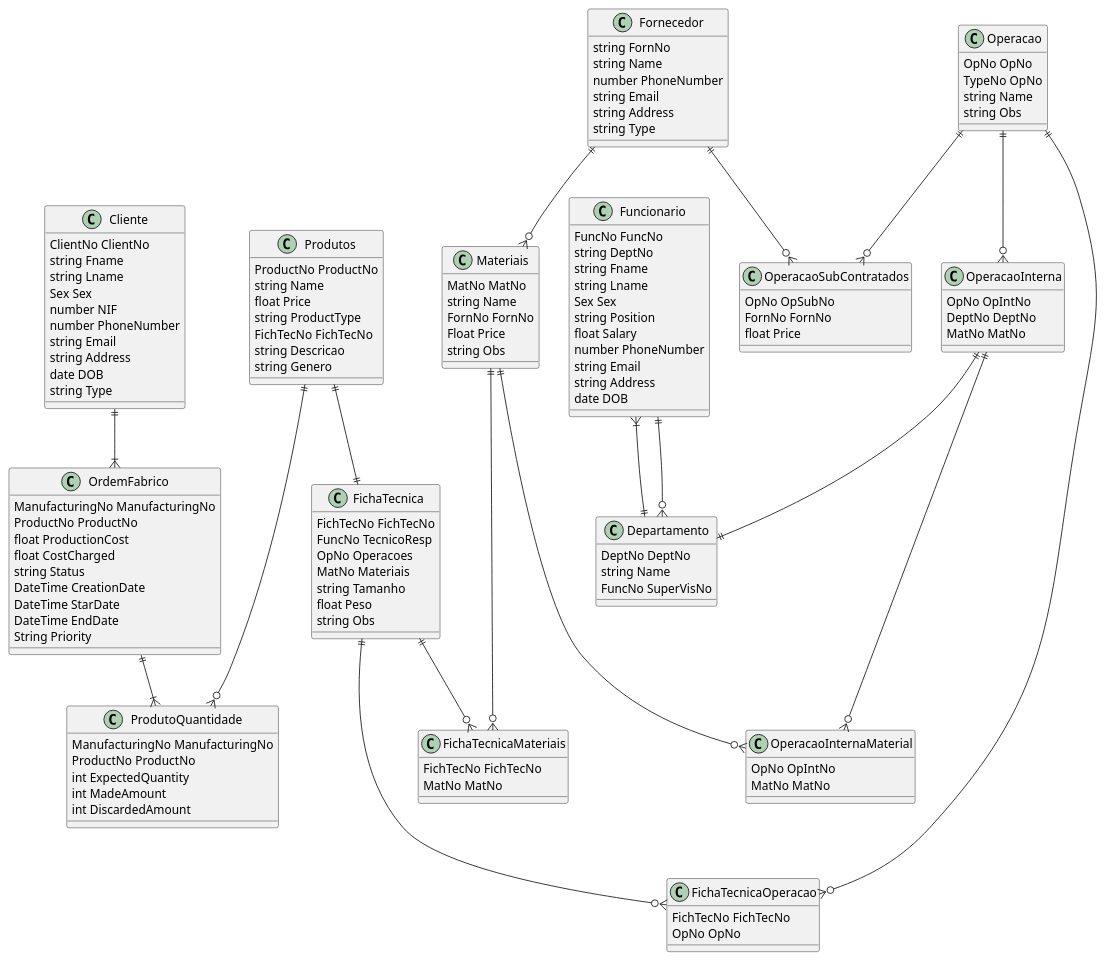
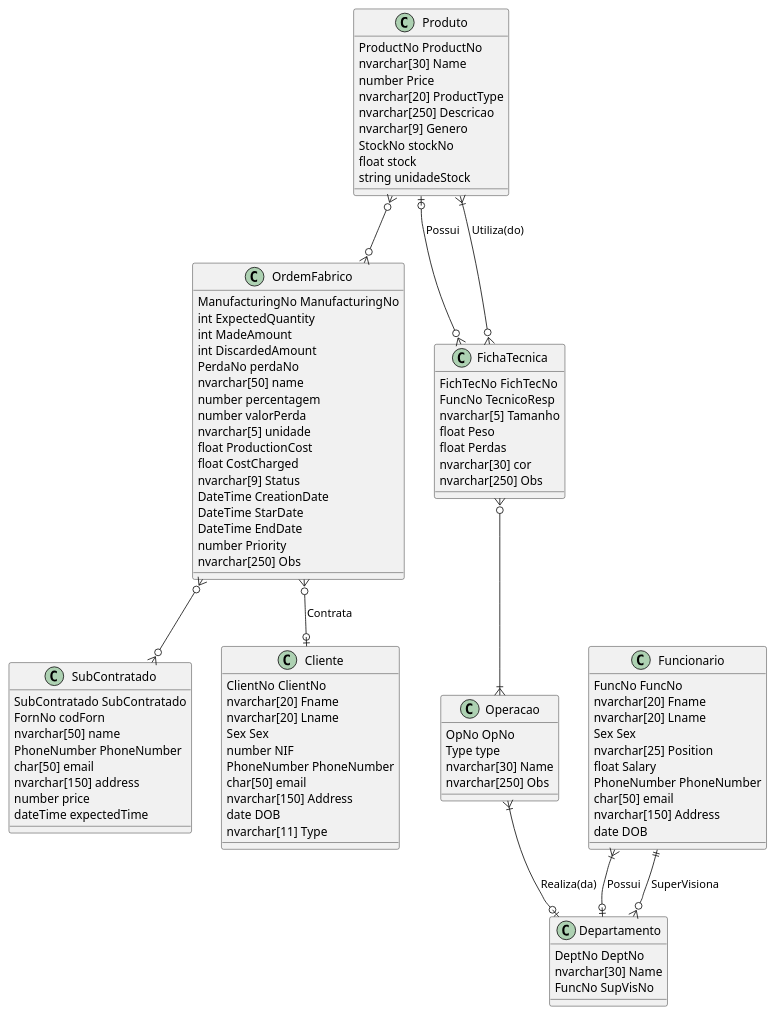
The diagram in TabelasAtributos/Atributos.plantuml (Arturito2005/TrabalhoBD), drawn with PlantUML before and after one commit. The commit also changed 6 other files, not shown here.

```diff
--- a/TabelasAtributos/Atributos.plantuml
+++ b/TabelasAtributos/Atributos.plantuml
@@ -1,14 +1,14 @@
 @startuml tableBD
+
 /'
-Um produto ele pode ser utilizado numa operação
-O professor ele deixa não usar esta forma
+Falta SubContratados, SubContratados
 '/
 
+
 /'
-Meter tabela de fornecedor 
-ligado aos Materias e 
-OperacaoSubContratada
+Ainda é o concetual
 '/
+
 
 /'
 Agregações:
@@ -25,38 +25,53 @@
 '/
 
 /'
-Define os produtos a fabricar,
+Define os Produto a fabricar,
 Quantidades necessárias
 Prazos de conclusão
+
+int ExpectedQuantity
+int MadeAmount
+int DiscardedAmount (Este 3 atributos diz respeito a quantidade produzida por produto)
+
 '/
 class OrdemFabrico {
     ManufacturingNo ManufacturingNo
-    ProductNo ProductNo
+    int ExpectedQuantity
+    int MadeAmount
+    int DiscardedAmount
+    PerdaNo perdaNo 
+    nvarchar[50] name 
+    number percentagem 
+    number valorPerda
+    nvarchar[5] unidade
     float ProductionCost
     float CostCharged
-    string Status 
+    nvarchar[9] Status 
     DateTime CreationDate
     DateTime StarDate
     DateTime EndDate
-    String Priority
+    number Priority
+    nvarchar[250] Obs
 }   
 
-class Produtos {
+/'
+O stock é quantidade que tem de produto
+O fornecedor vai ter os campos da tabela e o produto 
+pode ter varios
+
+Talvez haja uma tabela materiais que liga juntamente
+ao produto há tabela operação
+'/
+class Produto {
     ProductNo ProductNo
-    string Name 
-    float Price 
-    string ProductType
-    FichTecNo FichTecNo
-    string Descricao
-    string Genero
-}
-
-class ProdutoQuantidade {
-    ManufacturingNo ManufacturingNo
-    ProductNo ProductNo
-    int ExpectedQuantity
-    int MadeAmount
-    int DiscardedAmount
+    nvarchar[30] Name 
+    number Price 
+    nvarchar[20] ProductType
+    nvarchar[250] Descricao
+    nvarchar[9] Genero
+    StockNo stockNo
+    float stock 
+    string unidadeStock
 }
 
 /'
@@ -66,32 +81,11 @@
 class FichaTecnica {
     FichTecNo FichTecNo
     FuncNo TecnicoResp 
-    OpNo Operacoes 
-    MatNo Materiais 
-    string Tamanho 
-    float Peso 
-    string Obs
-}
-
-class FichaTecnicaOperacao {
-    FichTecNo FichTecNo
-    OpNo OpNo
-}
-
-class FichaTecnicaMateriais {
-    FichTecNo FichTecNo
-    MatNo MatNo 
-}
-
-/'
-Materias utilizados nas operacoes;
-'/
-class Materiais {
-    MatNo MatNo 
-    string Name 
-    FornNo FornNo 
-    Float Price 
-    string Obs  
+    nvarchar[5] Tamanho
+    float Peso
+    float Perdas
+    nvarchar[30] cor
+    nvarchar[250] Obs
 }
 
 /'
@@ -100,28 +94,25 @@
 '/
 class Operacao {
     OpNo OpNo 
-    TypeNo OpNo 
-    string Name 
-    string Obs
+    Type type 
+    nvarchar[30] Name 
+    nvarchar[250] Obs
 }
 
-class OperacaoSubContratados {
-    OpNo OpSubNo
-    FornNo FornNo 
-    float Price
+/'
+ExpectedTime, acho que é o unico que não é preciso
+'/
+class SubContratado {
+    SubContratado SubContratado
+    FornNo codForn 
+    nvarchar[50] name
+    PhoneNumber PhoneNumber
+    char[50] email
+    nvarchar[150] address
+    number price 
+    dateTime expectedTime 
 }
 
-/'Operacoes feitas pelo propria empresa'/
-class OperacaoInterna {
-    OpNo OpIntNo
-    DeptNo DeptNo 
-    MatNo MatNo 
-}
-
-class OperacaoInternaMaterial {
-    OpNo OpIntNo
-    MatNo MatNo 
-}
 
 /'Extras se quissermos complicar'/
 
@@ -129,8 +120,8 @@
 operacao'/
 class Departamento {
     DeptNo DeptNo 
-    string Name 
-    FuncNo SuperVisNo
+    nvarchar[30] Name
+    FuncNo SupVisNo 
 }
 
 /'
@@ -138,87 +129,56 @@
 '/
 class Funcionario {
     FuncNo FuncNo
-    string DeptNo 
-    string Fname 
-    string Lname 
+    nvarchar[20] Fname
+    nvarchar[20] Lname
     Sex Sex
-    string Position
+    nvarchar[25] Position
     float Salary
-    number PhoneNumber 
-    string Email 
-    string Address
+    PhoneNumber PhoneNumber 
+    char[50] email
+    nvarchar[150] Address
     date DOB
 }
 
 class Cliente {
     ClientNo ClientNo
-    string Fname
-    string Lname
+    nvarchar[20] Fname
+    nvarchar[20] Lname
     Sex Sex
     number NIF 
-    number PhoneNumber 
-    string Email
-    string Address 
+    PhoneNumber PhoneNumber 
+    char[50] email
+    nvarchar[150] Address 
     date DOB 
-    string Type 
-}
-
-class Fornecedor {
-    string FornNo 
-    string Name 
-    number PhoneNumber
-    string Email 
-    string Address
-    string Type 
+    nvarchar[11] Type  
 }
 
 /'
 Relacionamento dos Funcionarios
 '/
-Funcionario }|--|| Departamento
-Funcionario ||--o{ Departamento 
-
-/'
-Relacionamento do Fornecedor
-'/
-Fornecedor ||--o{ Materiais
-Fornecedor ||--o{ OperacaoSubContratados
-
-/'
-Relacionamento Operacao
-'/
-Operacao ||--o{ OperacaoInterna
-Operacao ||--o{ OperacaoSubContratados
-Operacao ||--o{ FichaTecnicaOperacao
+Funcionario }|--o| Departamento: Possui
+Funcionario ||--o{ Departamento: SuperVisiona 
 
 /'
 Relacionamento das Operacoes Interna
 '/
-OperacaoInterna ||--|| Departamento
-OperacaoInterna ||---o{ OperacaoInternaMaterial
-
+Operacao }|--o| Departamento: Realiza(da)
 /'
-Relacionamento Materiais
+Relacionamento Ficha Tecnica
 '/
-Materiais ||---o{ OperacaoInternaMaterial
-Materiais ||---o{ FichaTecnicaMateriais
-
-/'
-Relacionamento da Ficha Tecnica
-'/
-FichaTecnica ||---o{ FichaTecnicaOperacao
-FichaTecnica ||--o{ FichaTecnicaMateriais
+FichaTecnica }o--|{ Operacao
+FichaTecnica }o--|{ Produto: Utiliza(do)
 
 /'
 Relacionamentos do Produto
 '/
-Produtos ||--|| FichaTecnica
-Produtos ||---o{ ProdutoQuantidade
+Produto |o--o{ FichaTecnica: Possui
+Produto }o--o{ OrdemFabrico
 
 /'
 Relacionamento Ordem Fabrico
 '/
-OrdemFabrico ||--|{ ProdutoQuantidade
-Cliente ||--|{ OrdemFabrico
+OrdemFabrico }o--o| Cliente: Contrata
+OrdemFabrico }o--o{ SubContratado
 
 @enduml
```
